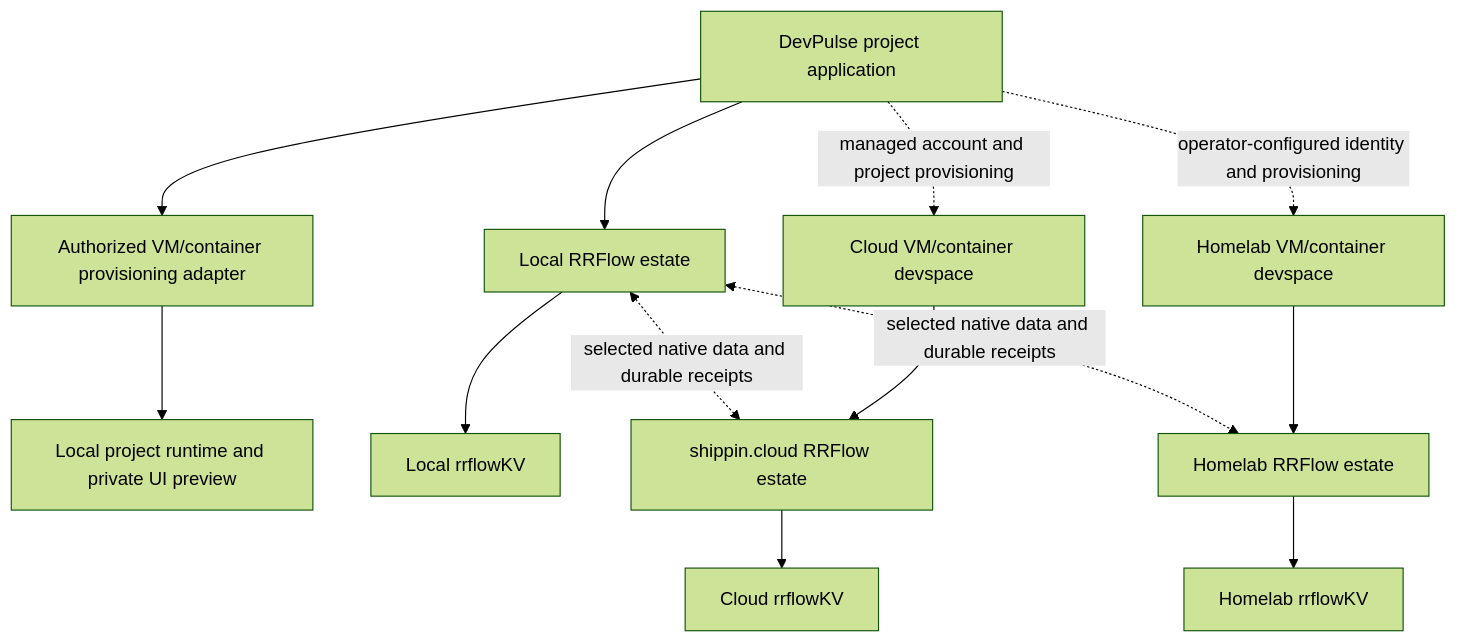
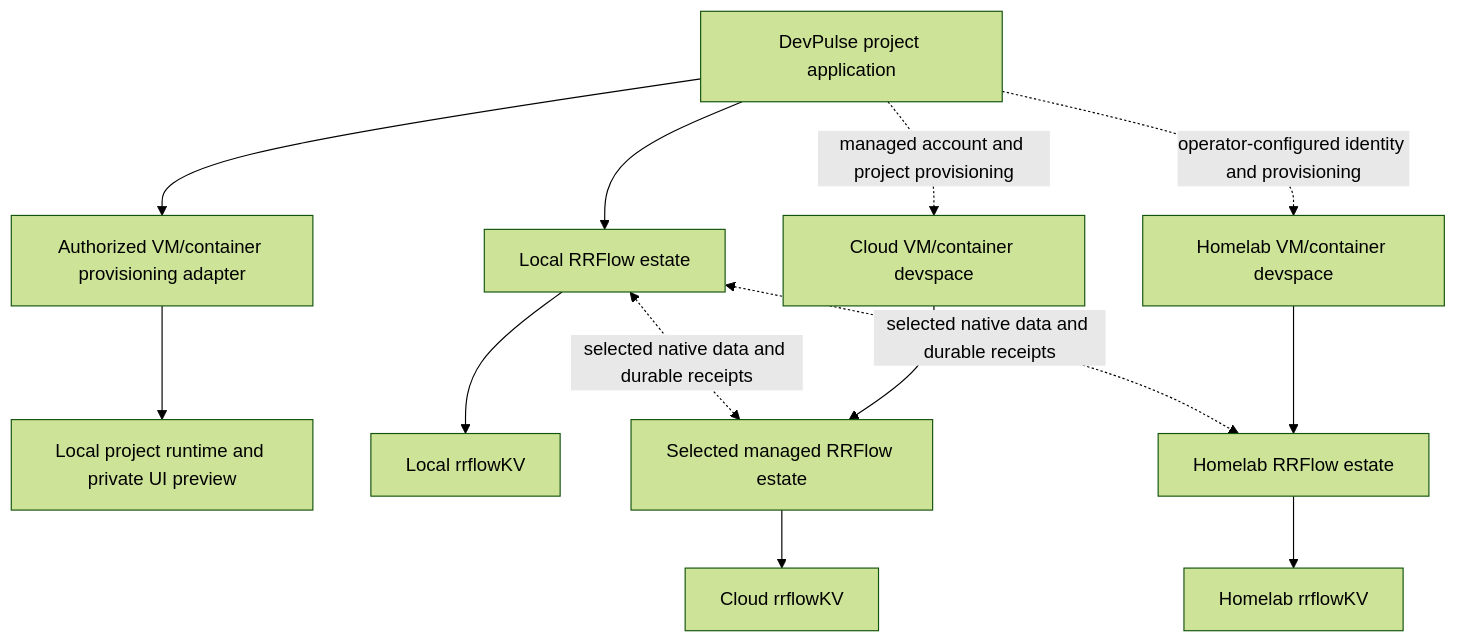
The diagram in docs/reference/client/devpulse-cloud.md (rrflow/rrflow), drawn with Mermaid (forest theme) before and after one commit. The commit also changed other lines of this file and 8 other files, not shown here.

````diff
--- a/docs/reference/client/devpulse-cloud.md
+++ b/docs/reference/client/devpulse-cloud.md
@@ -80,15 +116,15 @@
 ```mermaid
 flowchart TB
     DP[DevPulse project application] --> Provision[Authorized VM/container provisioning adapter]
     Provision --> LocalRun[Local project runtime and private UI preview]
     DP --> Local[Local RRFlow estate]
     Local --> LocalKV[Local rrflowKV]
-    Local <-. selected native data and durable receipts .-> Cloud[shippin.cloud RRFlow estate]
+    Local <-. selected native data and durable receipts .-> Cloud[Selected managed RRFlow estate]
     Local <-. selected native data and durable receipts .-> Lab[Homelab RRFlow estate]
     DP -. managed account and project provisioning .-> CloudRun[Cloud VM/container devspace]
     DP -. operator-configured identity and provisioning .-> LabRun[Homelab VM/container devspace]
     CloudRun --> Cloud
     LabRun --> Lab
     Cloud --> CloudKV[Cloud rrflowKV]
     Lab --> LabKV[Homelab rrflowKV]
 ```
````
